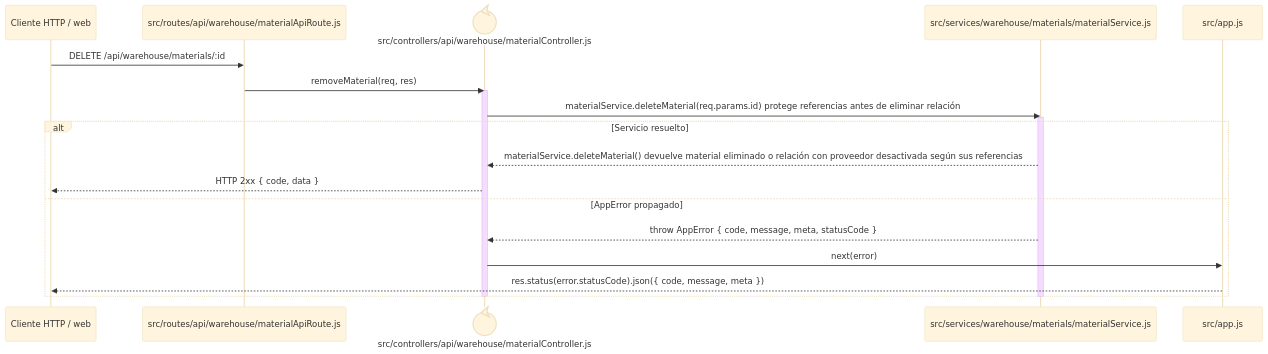
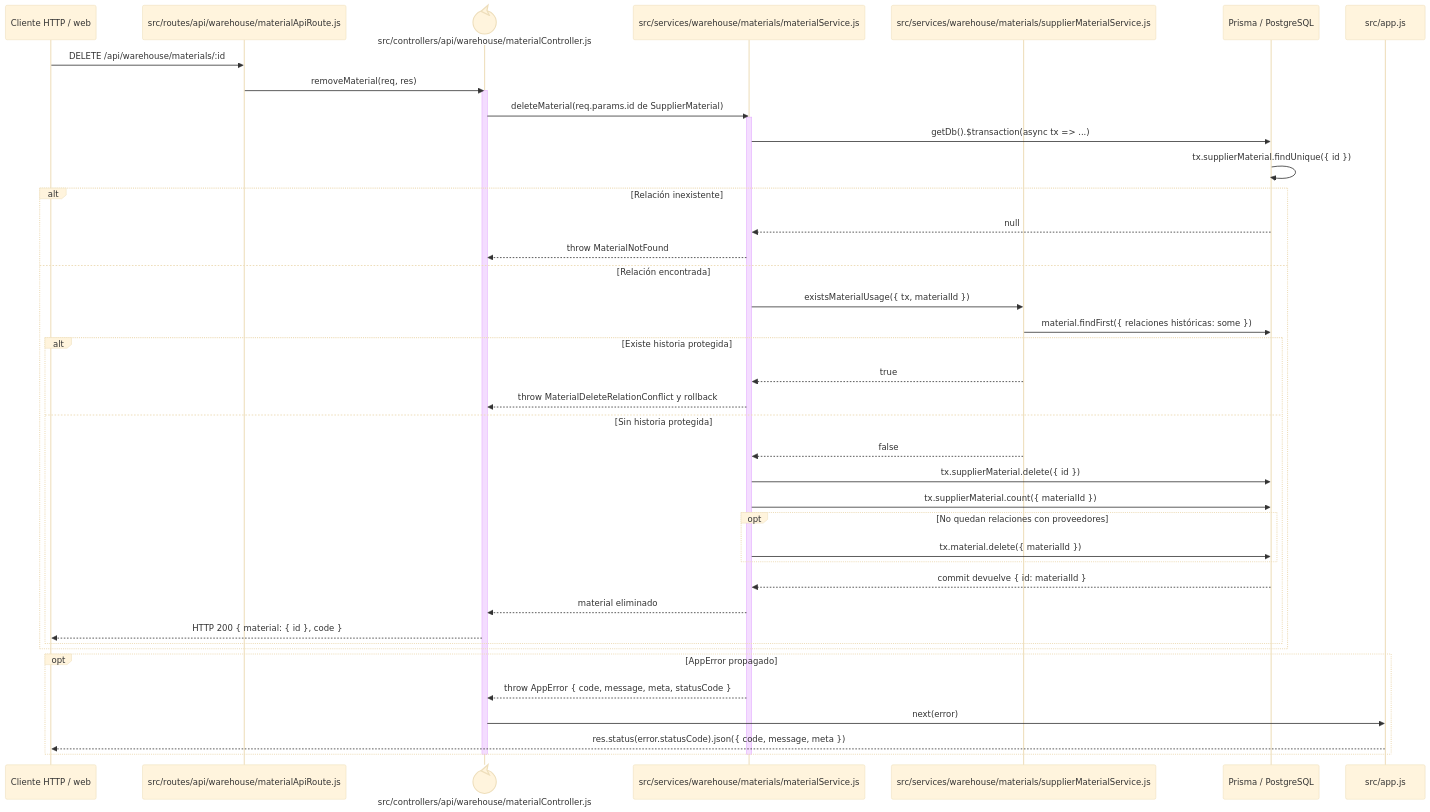
The diagram in docs/architecture/backend-code-sequences/catalogs/cu-alm-04.md (gpgsistemas01/nexus), drawn with Mermaid (base theme) before and after one commit. The commit also changed other lines of this file and 7 other files, not shown here.

Commit message:
docs: synchronize material contracts and diagrams

````diff
--- a/docs/architecture/backend-code-sequences/catalogs/cu-alm-04.md
+++ b/docs/architecture/backend-code-sequences/catalogs/cu-alm-04.md
@@ -6,24 +6,46 @@
 ```mermaid
 sequenceDiagram
     participant Client as Cliente HTTP / web
     participant Route as src/routes/api/warehouse/materialApiRoute.js
     participant Controller@{ "type": "control" } as src/controllers/api/warehouse/materialController.js
     participant Domain as src/services/warehouse/materials/materialService.js
+    participant Usage as src/services/warehouse/materials/supplierMaterialService.js
+    participant Prisma as Prisma / PostgreSQL
     participant ErrorHandler as src/app.js
 
     Client->>Route: DELETE /api/warehouse/materials/:id
     Route->>Controller: removeMaterial(req, res)
     activate Controller
-    Controller->>Domain: materialService.deleteMaterial(req.params.id) protege referencias antes de eliminar relación
+    Controller->>Domain: deleteMaterial(req.params.id de SupplierMaterial)
     activate Domain
-    alt Servicio resuelto
-        Domain-->>Controller: materialService.deleteMaterial() devuelve material eliminado o relación con proveedor desactivada según sus referencias
-        Controller-->>Client: HTTP 2xx { code, data }
-    else AppError propagado
+    Domain->>Prisma: getDb().$transaction(async tx => ...)
+    Prisma->>Prisma: tx.supplierMaterial.findUnique({ id })
+    alt Relación inexistente
+        Prisma-->>Domain: null
+        Domain-->>Controller: throw MaterialNotFound
+    else Relación encontrada
+        Domain->>Usage: existsMaterialUsage({ tx, materialId })
+        Usage->>Prisma: material.findFirst({ relaciones históricas: some })
+        alt Existe historia protegida
+            Usage-->>Domain: true
+            Domain-->>Controller: throw MaterialDeleteRelationConflict y rollback
+        else Sin historia protegida
+            Usage-->>Domain: false
+            Domain->>Prisma: tx.supplierMaterial.delete({ id })
+            Domain->>Prisma: tx.supplierMaterial.count({ materialId })
+            opt No quedan relaciones con proveedores
+                Domain->>Prisma: tx.material.delete({ materialId })
+            end
+            Prisma-->>Domain: commit devuelve { id: materialId }
+            Domain-->>Controller: material eliminado
+            Controller-->>Client: HTTP 200 { material: { id }, code }
+        end
+    end
+    opt AppError propagado
         Domain-->>Controller: throw AppError { code, message, meta, statusCode }
         Controller->>ErrorHandler: next(error)
         ErrorHandler-->>Client: res.status(error.statusCode).json({ code, message, meta })
     end
     deactivate Domain
     deactivate Controller
 ```
````
